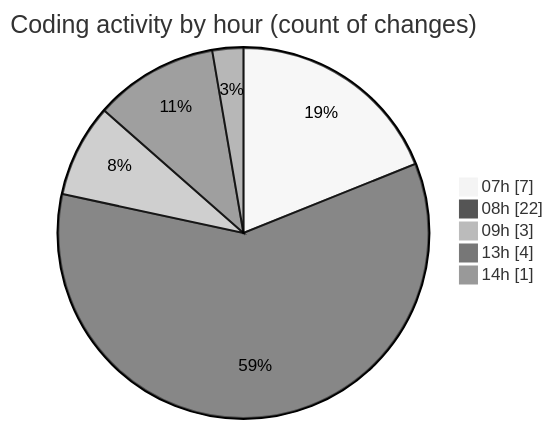
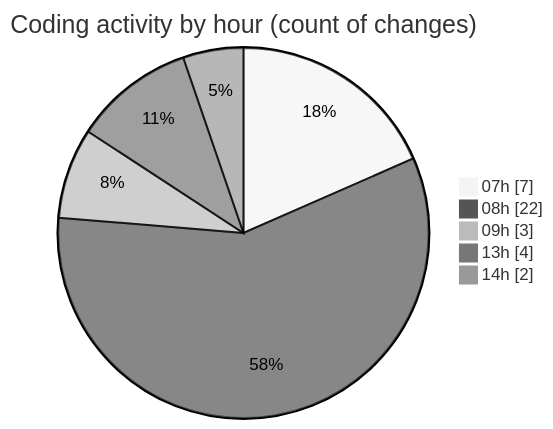
Before and after one commit to Elitesun/code-tracking: the second of 2 diagrams in 2025-05-04/niten/README.md, drawn with Mermaid (neutral theme). The commit also changed other lines of this file and 1 other file, not shown here.

````diff
--- a/2025-05-04/niten/README.md
+++ b/2025-05-04/niten/README.md
@@ -43,9 +43,9 @@
 ```mermaid
 pie showData
 title Coding activity by hour (count of changes)
 "07h" : 7
 "08h" : 22
 "09h" : 3
 "13h" : 4
-"14h" : 1
+"14h" : 2
 ```
````
